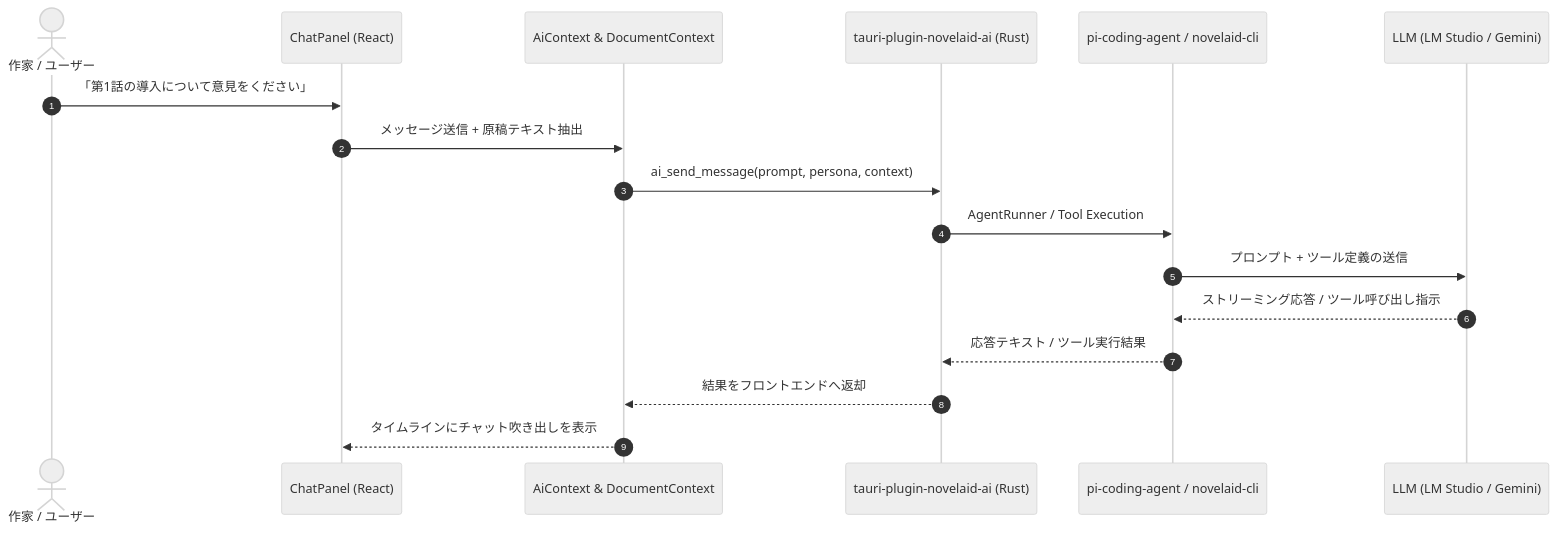
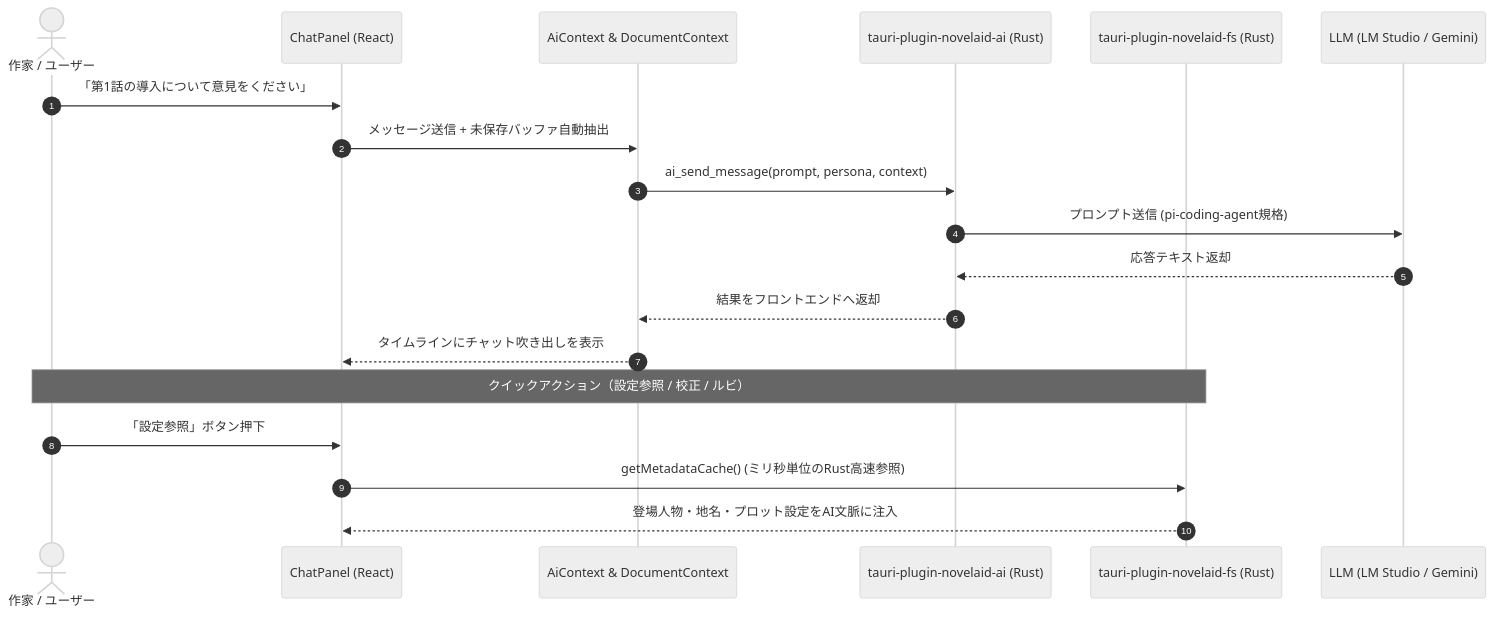
The diagram in making/notes/17_AI執筆パートナーとpi-coding-agent連携の実装.md (mituha/novelaide), drawn with Mermaid (neutral theme) before and after one commit. The commit also changed other lines of this file and 28 other files, not shown here.

````diff
--- a/making/notes/17_AI執筆パートナーとpi-coding-agent連携の実装.md
+++ b/making/notes/17_AI執筆パートナーとpi-coding-agent連携の実装.md
@@ -34,20 +37,23 @@
 ```mermaid
 sequenceDiagram
     autonumber
     actor Writer as 作家 / ユーザー
     participant UI as ChatPanel (React)
     participant Ctx as AiContext & DocumentContext
     participant Plugin as tauri-plugin-novelaid-ai (Rust)
-    participant Agent as pi-coding-agent / novelaid-cli
+    participant FS as tauri-plugin-novelaid-fs (Rust)
     participant Model as LLM (LM Studio / Gemini)
 
     Writer->>UI: 「第1話の導入について意見をください」
-    UI->>Ctx: メッセージ送信 + 原稿テキスト抽出
+    UI->>Ctx: メッセージ送信 + 未保存バッファ自動抽出
     Ctx->>Plugin: ai_send_message(prompt, persona, context)
-    Plugin->>Agent: AgentRunner / Tool Execution
-    Agent->>Model: プロンプト + ツール定義の送信
-    Model-->>Agent: ストリーミング応答 / ツール呼び出し指示
-    Agent-->>Plugin: 応答テキスト / ツール実行結果
+    Plugin->>Model: プロンプト送信 (pi-coding-agent規格)
+    Model-->>Plugin: 応答テキスト返却
     Plugin-->>Ctx: 結果をフロントエンドへ返却
     Ctx-->>UI: タイムラインにチャット吹き出しを表示
+
+    Note over Writer,FS: クイックアクション（設定参照 / 校正 / ルビ）
+    Writer->>UI: 「設定参照」ボタン押下
+    UI->>FS: getMetadataCache() (ミリ秒単位のRust高速参照)
+    FS-->>UI: 登場人物・地名・プロット設定をAI文脈に注入
 ```
````
